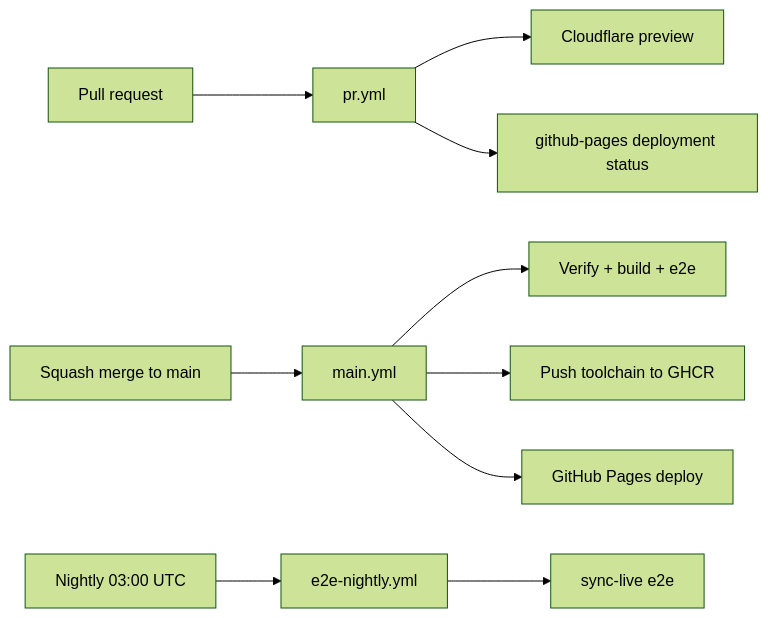
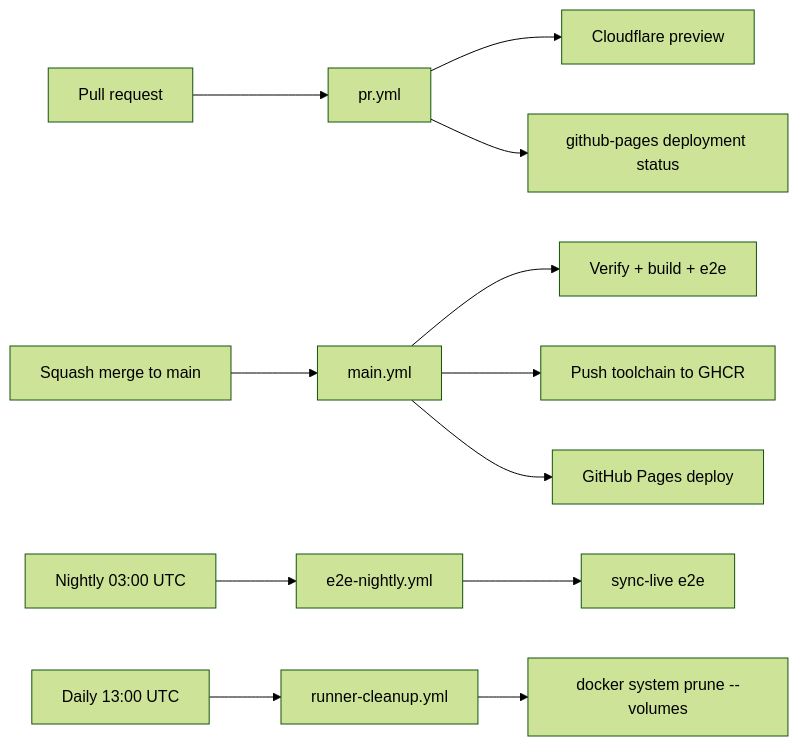
Before and after one commit to meta-secret/nook: the diagram in .cortex/workflows/ci-pipeline.md, drawn with Mermaid (forest theme). The commit also changed other lines of this file and 2 other files, not shown here.

Commit message:
Add scheduled Nook runner Docker cleanup

````diff
--- a/.cortex/workflows/ci-pipeline.md
+++ b/.cortex/workflows/ci-pipeline.md
@@ -14,14 +15,17 @@
 ```mermaid
 flowchart LR
   PR[Pull request] --> pr_yml[pr.yml]
   pr_yml --> preview[Cloudflare preview]
   pr_yml --> pr_deployment[github-pages deployment status]
 
   merge[Squash merge to main] --> main_yml[main.yml]
   main_yml --> main_verify[Verify + build + e2e]
   main_yml --> toolchain_push[Push toolchain to GHCR]
   main_yml --> pages[GitHub Pages deploy]
 
   cron[Nightly 03:00 UTC] --> nightly[e2e-nightly.yml]
   nightly --> e2e_live[sync-live e2e]
+
+  cleanup_cron[Daily 13:00 UTC] --> cleanup[runner-cleanup.yml]
+  cleanup --> docker_prune["docker system prune --volumes"]
 ```
````
